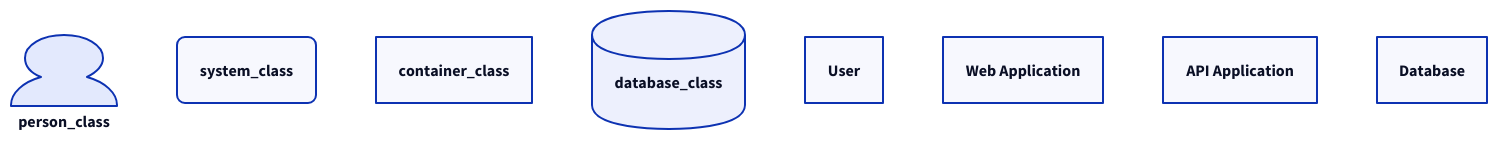
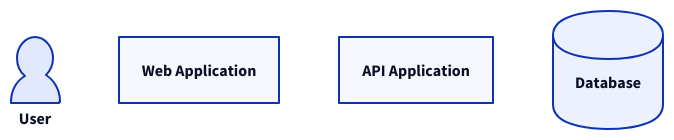
The sixth of 9 diagrams in src/t2d_kit/agents/t2d-d2-generator.md (afterthought/t2d-kit), drawn with D2 before and after one commit. The commit also changed other lines of this file and 2 other files, not shown here.

Commit message:
feat: enhance D2 diagram generator documentation with valid style attributes and usage guidelines; update UserRecipe model for improved diagram request validation

````diff
--- a/src/t2d_kit/agents/t2d-d2-generator.md
+++ b/src/t2d_kit/agents/t2d-d2-generator.md
@@ -253,34 +302,36 @@
 ```d2
-# Define classes for C4 components
-person_class: {
-  shape: person
-}
+classes: {
+  # Define classes for C4 components
+  person_class: {
+    shape: person
+  }
 
-system_class: {
-  shape: rectangle
-  style.border-radius: 8
-}
+  system_class: {
+    shape: rectangle
+    style.border-radius: 8
+  }
 
-container_class: {
-  shape: rectangle
-}
+  container_class: {
+    shape: rectangle
+  }
 
-database_class: {
-  shape: cylinder
+  database_class: {
+    shape: cylinder
+  }
 }
 
 # Apply classes for consistency
 user: User { class: person_class }
 
 web_app: Web Application {
   class: container_class
 }
 
 api: API Application {
   class: container_class
 }
 
 db: Database {
   class: database_class
 }
 ```
````
